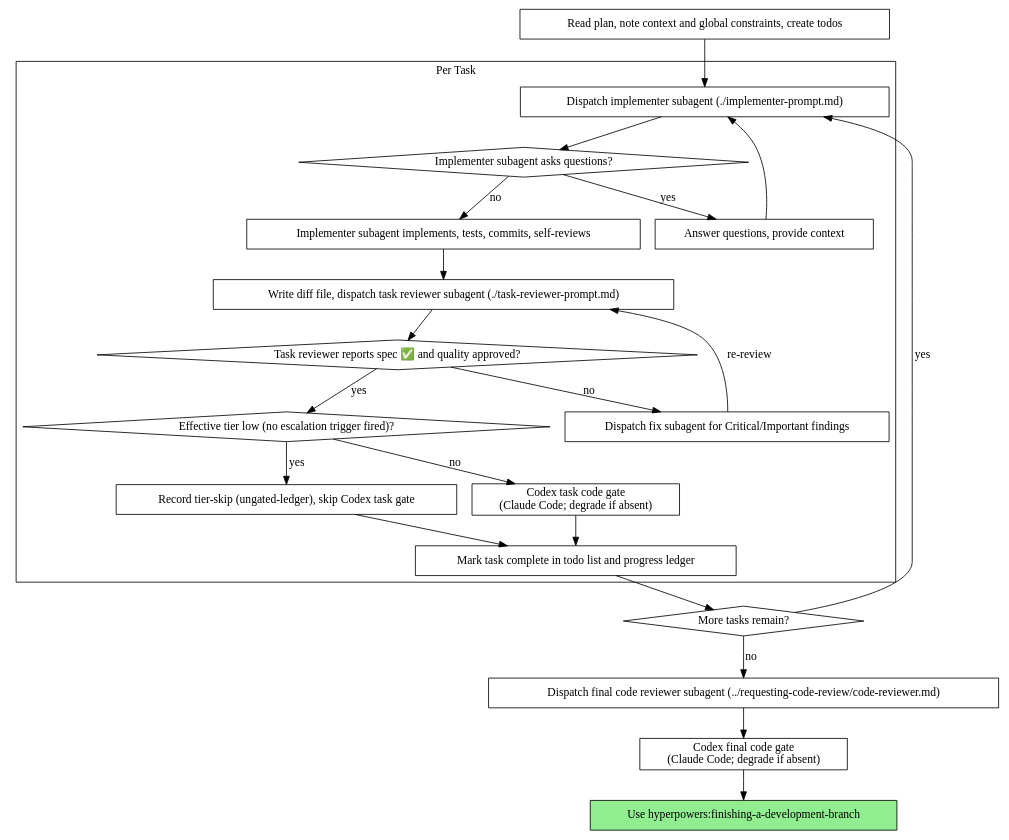
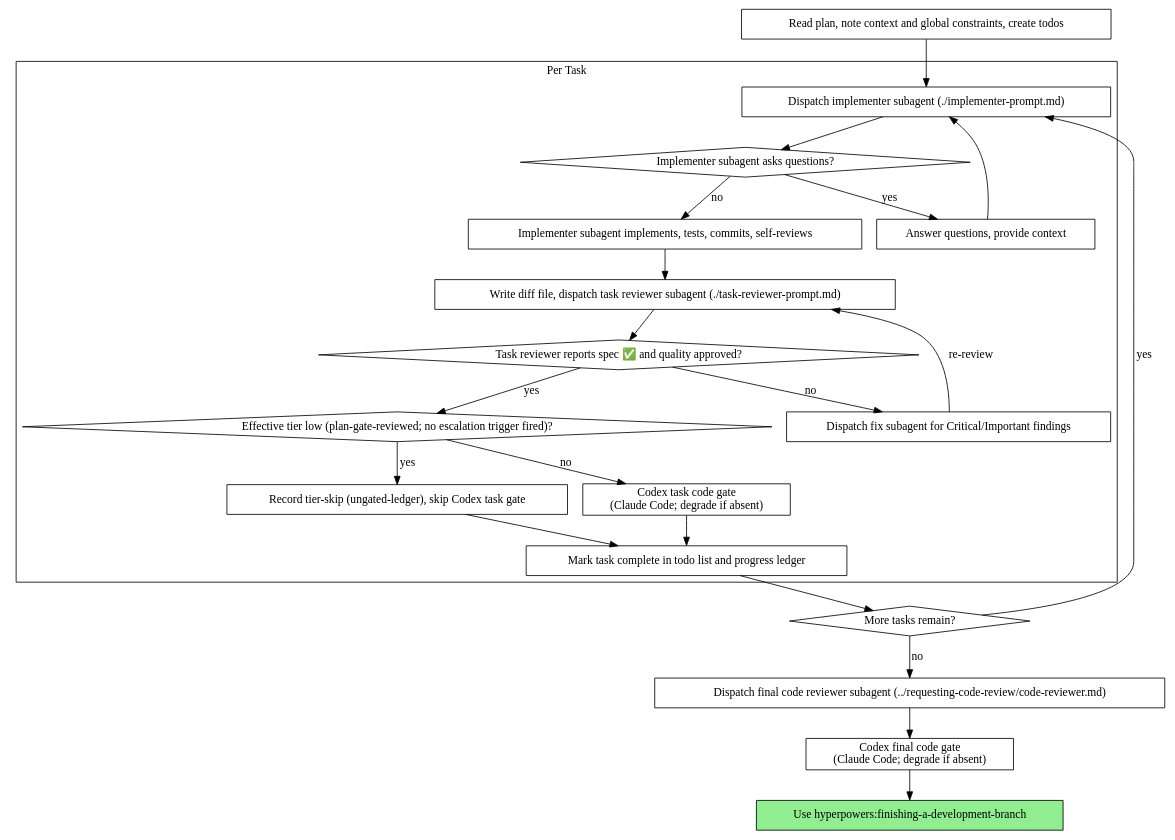
Before and after one commit to scott-arne/hyperpowers: the second of 2 diagrams in skills/subagent-driven-development/SKILL.md, drawn with Graphviz. The commit also changed 1 other file, not shown here.

Commit message:
fix(sdd): diagram tier diamond carries the plan-gate-reviewed precondition
The skip-tier decision diamond reads the precondition but was labeled
incompletely. A diagram-following controller could believe an unreviewed
plan's low-tier tasks are eligible for tier-skip. Changed node label
(both declaration and all referencing edges) to spell out the full
precondition: effective-low tier, plan-gate-reviewed, no escalation
triggers fired. Added test needle to enforce the label carries both parts.

````diff
--- a/skills/subagent-driven-development/SKILL.md
+++ b/skills/subagent-driven-development/SKILL.md
@@ -47,46 +47,46 @@
 ```dot
 digraph process {
     rankdir=TB;
 
     subgraph cluster_per_task {
         label="Per Task";
         "Dispatch implementer subagent (./implementer-prompt.md)" [shape=box];
         "Implementer subagent asks questions?" [shape=diamond];
         "Answer questions, provide context" [shape=box];
         "Implementer subagent implements, tests, commits, self-reviews" [shape=box];
         "Write diff file, dispatch task reviewer subagent (./task-reviewer-prompt.md)" [shape=box];
         "Task reviewer reports spec ✅ and quality approved?" [shape=diamond];
         "Dispatch fix subagent for Critical/Important findings" [shape=box];
-        "Effective tier low (no escalation trigger fired)?" [shape=diamond];
+        "Effective tier low (plan-gate-reviewed; no escalation trigger fired)?" [shape=diamond];
         "Record tier-skip (ungated-ledger), skip Codex task gate" [shape=box];
         "Mark task complete in todo list and progress ledger" [shape=box];
         "Codex task code gate\n(Claude Code; degrade if absent)" [shape=box];
     }
 
     "Read plan, note context and global constraints, create todos" [shape=box];
     "More tasks remain?" [shape=diamond];
     "Dispatch final code reviewer subagent (../requesting-code-review/code-reviewer.md)" [shape=box];
     "Use hyperpowers:finishing-a-development-branch" [shape=box style=filled fillcolor=lightgreen];
     "Codex final code gate\n(Claude Code; degrade if absent)" [shape=box];
 
     "Read plan, note context and global constraints, create todos" -> "Dispatch implementer subagent (./implementer-prompt.md)";
     "Dispatch implementer subagent (./implementer-prompt.md)" -> "Implementer subagent asks questions?";
     "Implementer subagent asks questions?" -> "Answer questions, provide context" [label="yes"];
     "Answer questions, provide context" -> "Dispatch implementer subagent (./implementer-prompt.md)";
     "Implementer subagent asks questions?" -> "Implementer subagent implements, tests, commits, self-reviews" [label="no"];
     "Implementer subagent implements, tests, commits, self-reviews" -> "Write diff file, dispatch task reviewer subagent (./task-reviewer-prompt.md)";
     "Write diff file, dispatch task reviewer subagent (./task-reviewer-prompt.md)" -> "Task reviewer reports spec ✅ and quality approved?";
     "Task reviewer reports spec ✅ and quality approved?" -> "Dispatch fix subagent for Critical/Important findings" [label="no"];
     "Dispatch fix subagent for Critical/Important findings" -> "Write diff file, dispatch task reviewer subagent (./task-reviewer-prompt.md)" [label="re-review"];
-    "Task reviewer reports spec ✅ and quality approved?" -> "Effective tier low (no escalation trigger fired)?" [label="yes"];
-    "Effective tier low (no escalation trigger fired)?" -> "Record tier-skip (ungated-ledger), skip Codex task gate" [label="yes"];
+    "Task reviewer reports spec ✅ and quality approved?" -> "Effective tier low (plan-gate-reviewed; no escalation trigger fired)?" [label="yes"];
+    "Effective tier low (plan-gate-reviewed; no escalation trigger fired)?" -> "Record tier-skip (ungated-ledger), skip Codex task gate" [label="yes"];
     "Record tier-skip (ungated-ledger), skip Codex task gate" -> "Mark task complete in todo list and progress ledger";
-    "Effective tier low (no escalation trigger fired)?" -> "Codex task code gate\n(Claude Code; degrade if absent)" [label="no"];
+    "Effective tier low (plan-gate-reviewed; no escalation trigger fired)?" -> "Codex task code gate\n(Claude Code; degrade if absent)" [label="no"];
     "Codex task code gate\n(Claude Code; degrade if absent)" -> "Mark task complete in todo list and progress ledger";
     "Mark task complete in todo list and progress ledger" -> "More tasks remain?";
     "More tasks remain?" -> "Dispatch implementer subagent (./implementer-prompt.md)" [label="yes"];
     "More tasks remain?" -> "Dispatch final code reviewer subagent (../requesting-code-review/code-reviewer.md)" [label="no"];
     "Dispatch final code reviewer subagent (../requesting-code-review/code-reviewer.md)" -> "Codex final code gate\n(Claude Code; degrade if absent)";
     "Codex final code gate\n(Claude Code; degrade if absent)" -> "Use hyperpowers:finishing-a-development-branch";
 }
 ```
````
